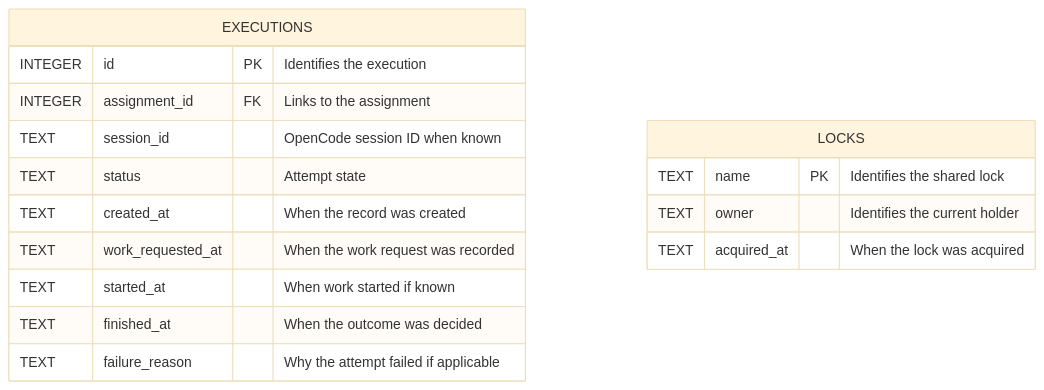
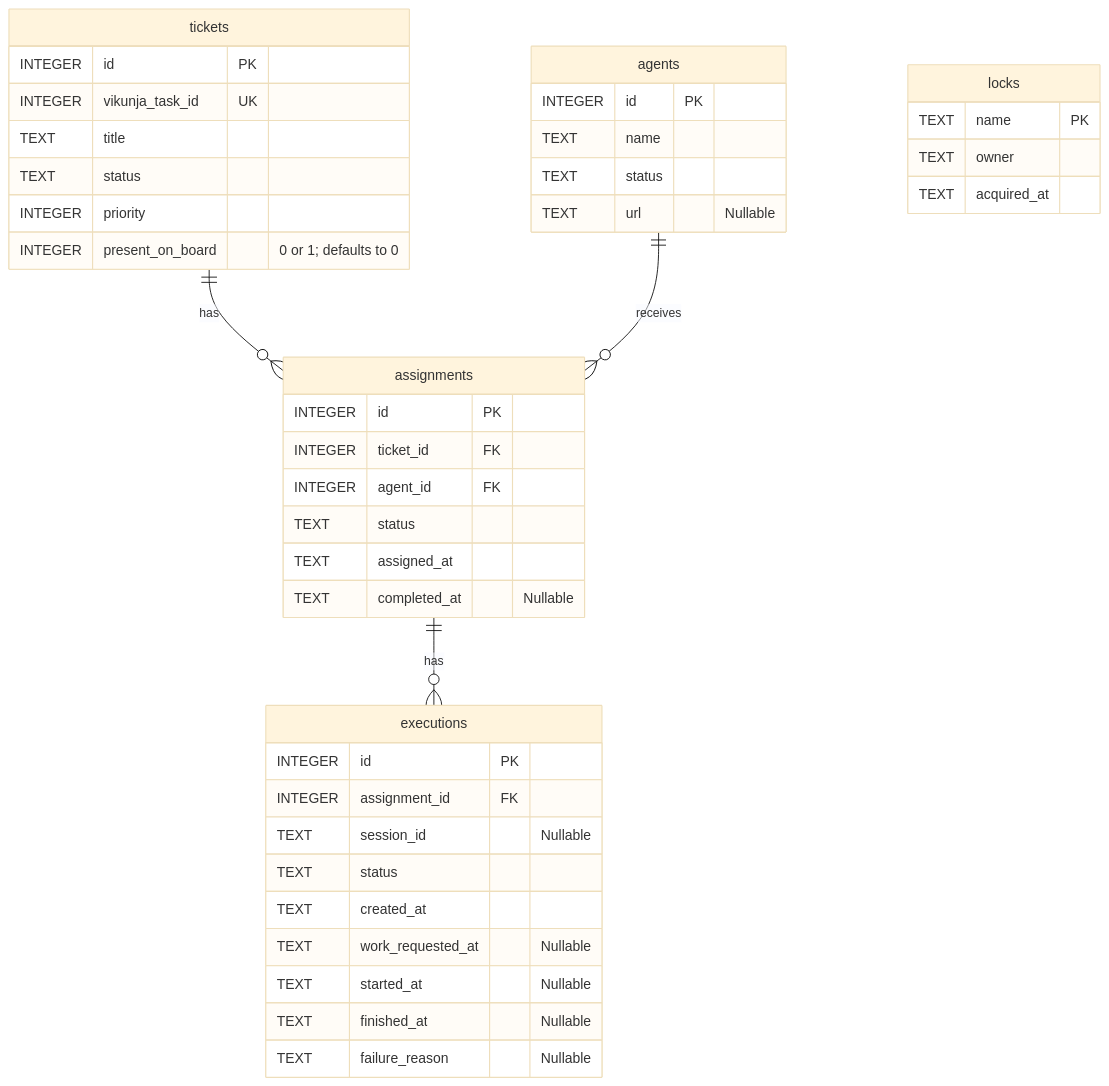
The diagram in docs/data.md (lgdelacruz92/agent-resource-manager), drawn with Mermaid (base theme) before and after one commit. The commit also changed other lines of this file and 12 other files, not shown here.

````diff
--- a/docs/data.md
+++ b/docs/data.md
@@ -11,19 +11,45 @@
 ```mermaid
 erDiagram
-    EXECUTIONS {
-        INTEGER id PK "Identifies the execution"
-        INTEGER assignment_id FK "Links to the assignment"
-        TEXT session_id "OpenCode session ID when known"
-        TEXT status "Attempt state"
-        TEXT created_at "When the record was created"
-        TEXT work_requested_at "When the work request was recorded"
-        TEXT started_at "When work started if known"
-        TEXT finished_at "When the outcome was decided"
-        TEXT failure_reason "Why the attempt failed if applicable"
+    tickets ||--o{ assignments : has
+    agents ||--o{ assignments : receives
+    assignments ||--o{ executions : has
+
+    tickets {
+        INTEGER id PK
+        INTEGER vikunja_task_id UK
+        TEXT title
+        TEXT status
+        INTEGER priority
+        INTEGER present_on_board "0 or 1; defaults to 0"
     }
-    LOCKS {
-        TEXT name PK "Identifies the shared lock"
-        TEXT owner "Identifies the current holder"
-        TEXT acquired_at "When the lock was acquired"
+    agents {
+        INTEGER id PK
+        TEXT name
+        TEXT status
+        TEXT url "Nullable"
+    }
+    assignments {
+        INTEGER id PK
+        INTEGER ticket_id FK
+        INTEGER agent_id FK
+        TEXT status
+        TEXT assigned_at
+        TEXT completed_at "Nullable"
+    }
+    executions {
+        INTEGER id PK
+        INTEGER assignment_id FK
+        TEXT session_id "Nullable"
+        TEXT status
+        TEXT created_at
+        TEXT work_requested_at "Nullable"
+        TEXT started_at "Nullable"
+        TEXT finished_at "Nullable"
+        TEXT failure_reason "Nullable"
+    }
+    locks {
+        TEXT name PK
+        TEXT owner
+        TEXT acquired_at
     }
 ```
````
